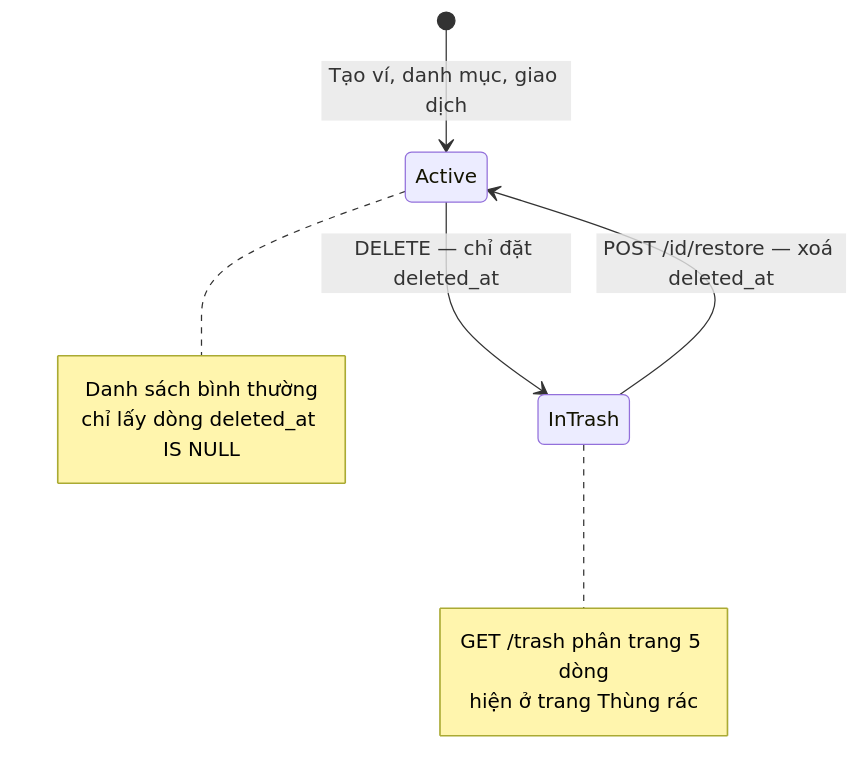
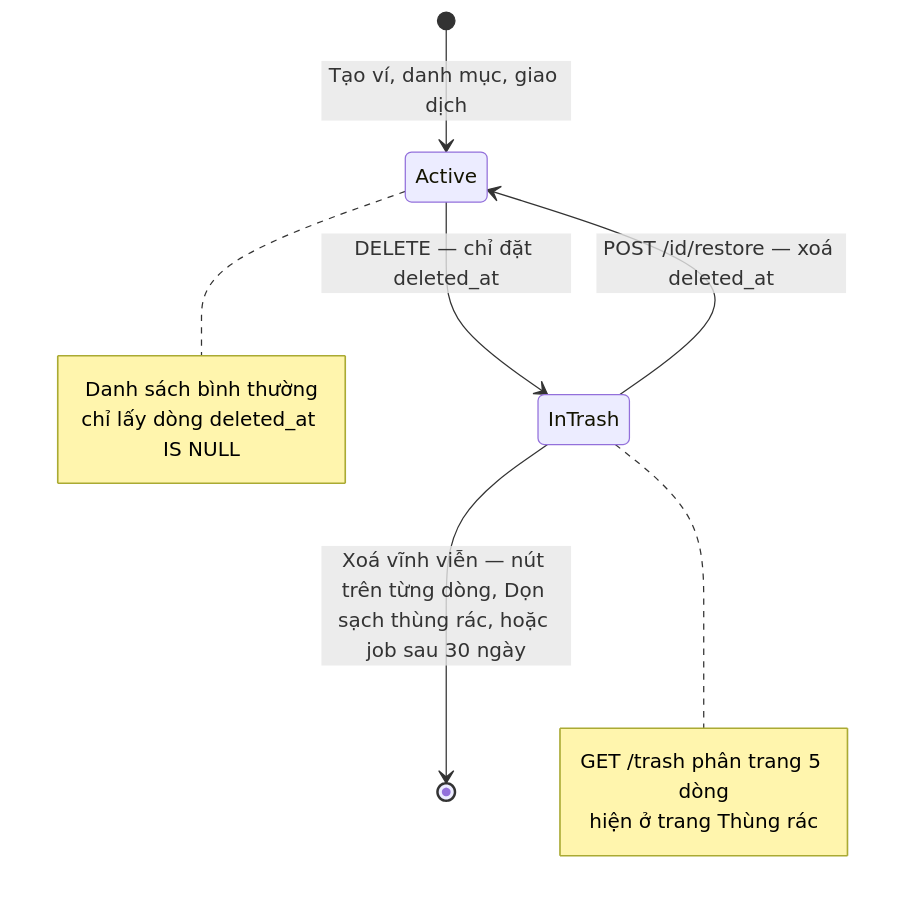
Diagram 19 of 36 in README.md (boyquynhluu/family-expense-manager), drawn with Mermaid before and after one commit. The commit also changed other lines of this file and 321 other files, not shown here.

````diff
--- a/README.md
+++ b/README.md
@@ -678,14 +678,15 @@
 ```mermaid
 stateDiagram-v2
     [*] --> Active: Tạo ví, danh mục, giao dịch
     Active --> InTrash: DELETE — chỉ đặt deleted_at
     InTrash --> Active: POST /id/restore — xoá deleted_at
+    InTrash --> [*]: Xoá vĩnh viễn — nút trên từng dòng, Dọn sạch thùng rác, hoặc job sau 30 ngày
     note right of Active
         Danh sách bình thường
         chỉ lấy dòng deleted_at IS NULL
     end note
     note right of InTrash
         GET /trash phân trang 5 dòng
         hiện ở trang Thùng rác
     end note
 ```
````
